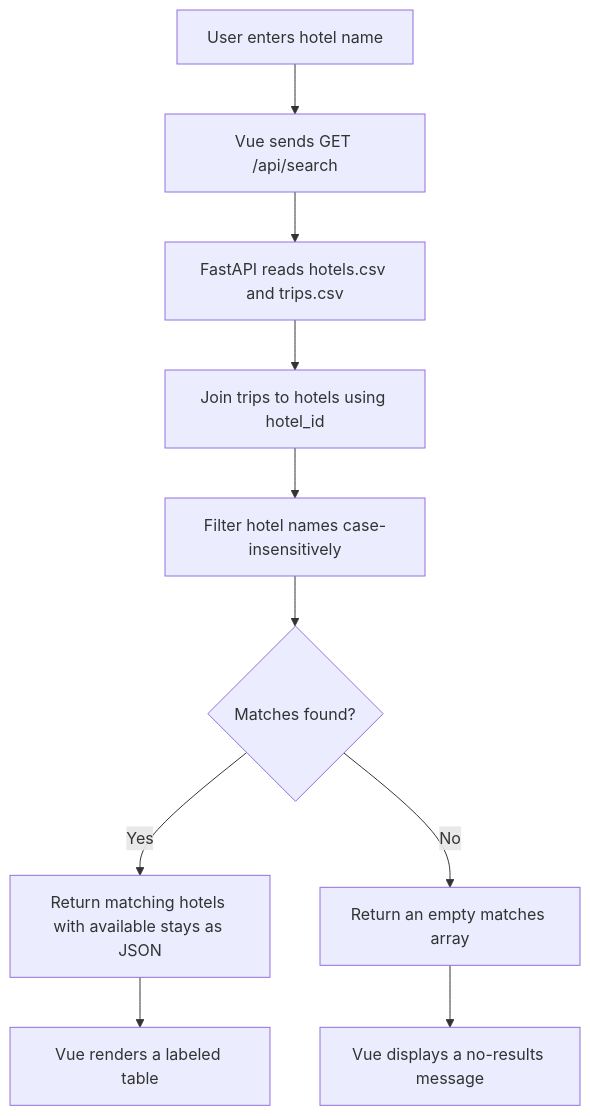
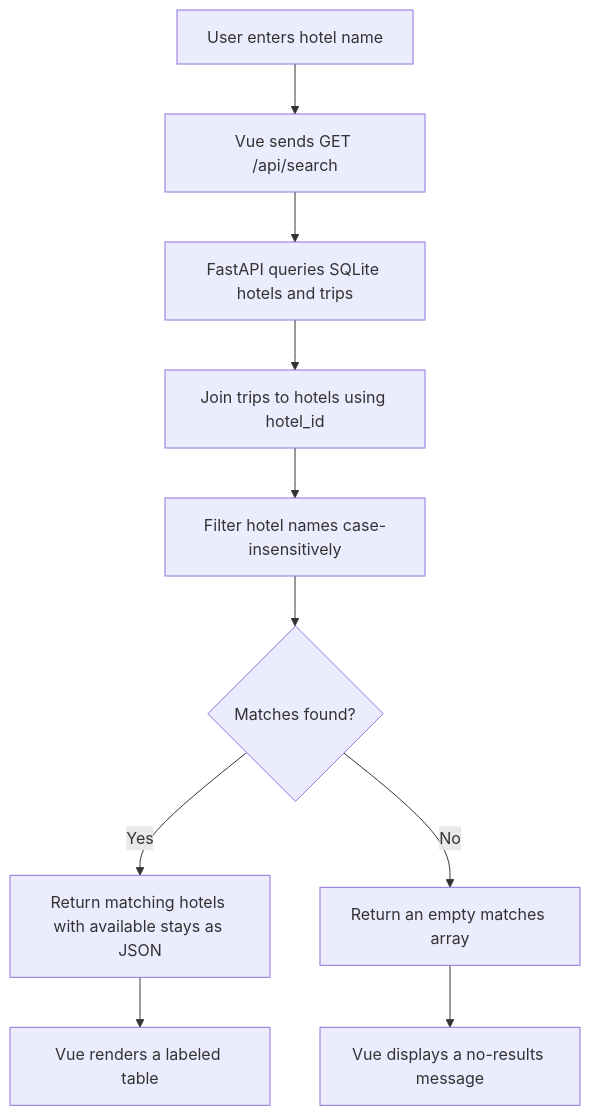
One commit to clarissaalessi1-creator/travelbooking-app changed the diagram in docs/design.md. Above: the diagram before and after it, drawn with Mermaid. The commit also changed other lines of this file and 19 other files, not shown here.

````diff
--- a/docs/design.md
+++ b/docs/design.md
@@ -35,12 +37,12 @@
 ```mermaid
 flowchart TD
   A[User enters hotel name] --> B[Vue sends GET /api/search]
-  B --> C[FastAPI reads hotels.csv and trips.csv]
+  B --> C[FastAPI queries SQLite hotels and trips]
   C --> D[Join trips to hotels using hotel_id]
   D --> E[Filter hotel names case-insensitively]
   E --> F{Matches found?}
   F -->|Yes| G[Return matching hotels with available stays as JSON]
   G --> H[Vue renders a labeled table]
   F -->|No| I[Return an empty matches array]
   I --> J[Vue displays a no-results message]
 ```
````
